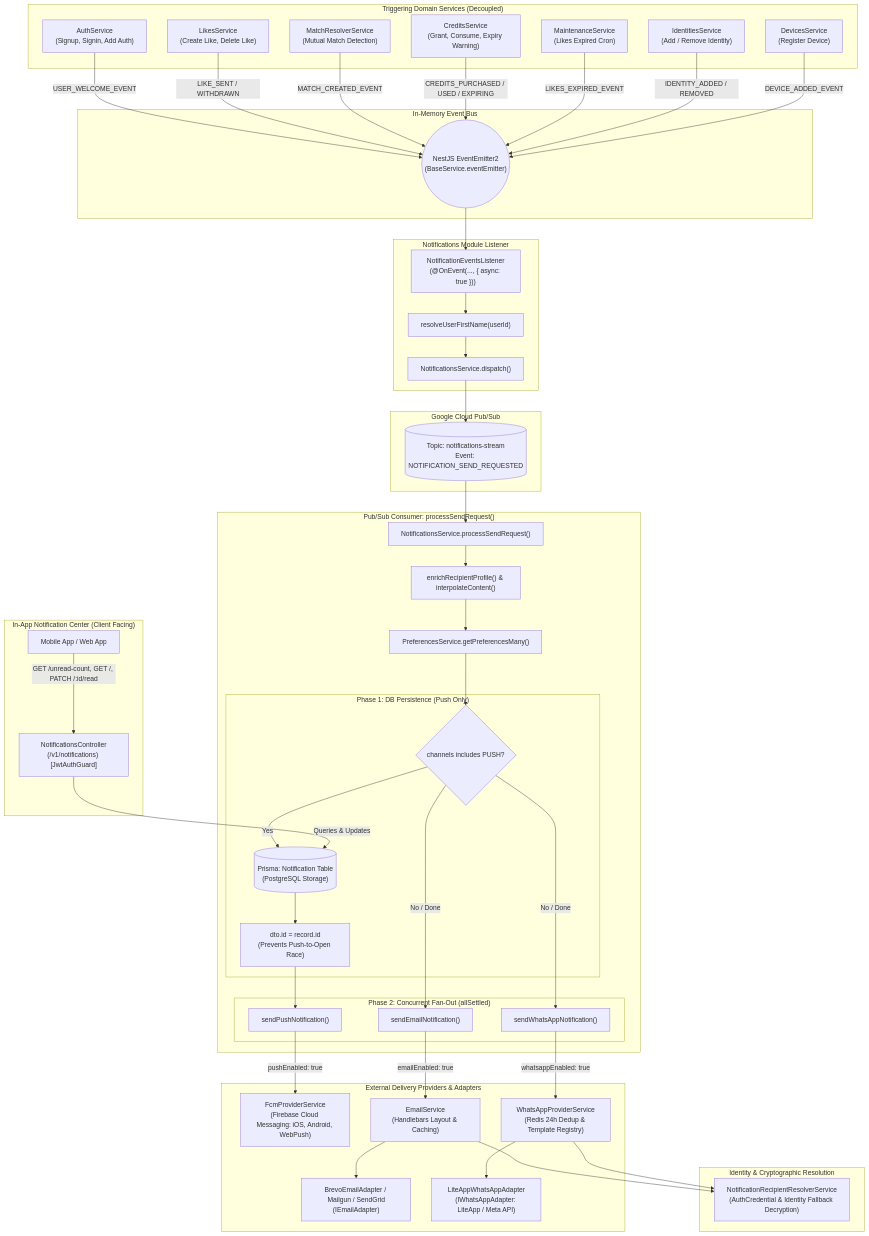
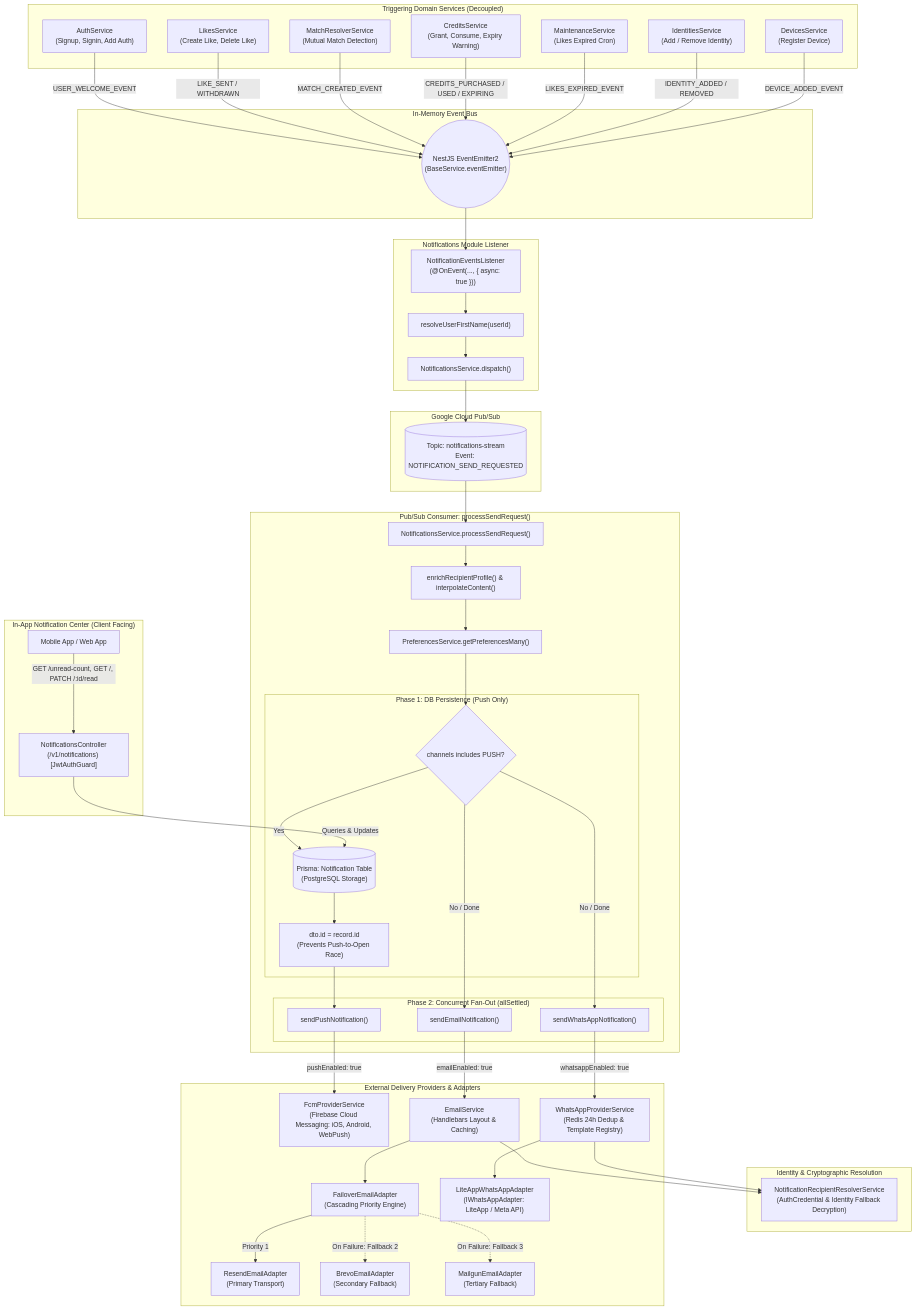
Before and after one commit to SaveSoulApp/Breathaway-Backend: the first of 2 diagrams in docs/docs/modules/notifications.md, drawn with Mermaid. The commit also changed other lines of this file and 42 other files, not shown here.

```diff
--- a/docs/docs/modules/notifications.md
+++ b/docs/docs/modules/notifications.md
@@ -80,7 +80,10 @@
     subgraph Providers["External Delivery Providers & Adapters"]
         FCM["FcmProviderService<br/>(Firebase Cloud Messaging: iOS, Android, WebPush)"]
         EMAIL_SVC["EmailService<br/>(Handlebars Layout & Caching)"]
-        BREVO["BrevoEmailAdapter / Mailgun / SendGrid<br/>(IEmailAdapter)"]
+        FAILOVER["FailoverEmailAdapter<br/>(Cascading Priority Engine)"]
+        RESEND["ResendEmailAdapter<br/>(Primary Transport)"]
+        BREVO["BrevoEmailAdapter<br/>(Secondary Fallback)"]
+        MAILGUN["MailgunEmailAdapter<br/>(Tertiary Fallback)"]
         WA_SVC["WhatsAppProviderService<br/>(Redis 24h Dedup & Template Registry)"]
         LITEAPP["LiteAppWhatsAppAdapter<br/>(IWhatsAppAdapter: LiteApp / Meta API)"]
     end
@@ -116,7 +119,10 @@
     SEND_PUSH -->|pushEnabled: true| FCM
     SEND_EMAIL -->|emailEnabled: true| EMAIL_SVC
     EMAIL_SVC --> RESOLVER
-    EMAIL_SVC --> BREVO
+    EMAIL_SVC --> FAILOVER
+    FAILOVER -->|Priority 1| RESEND
+    FAILOVER -.->|On Failure: Fallback 2| BREVO
+    FAILOVER -.->|On Failure: Fallback 3| MAILGUN
 
     SEND_WA -->|whatsappEnabled: true| WA_SVC
     WA_SVC --> RESOLVER
```
